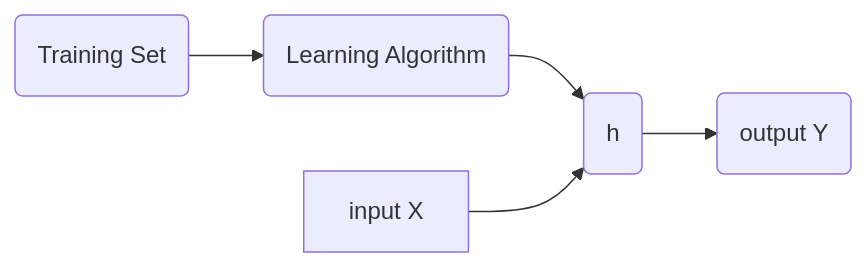
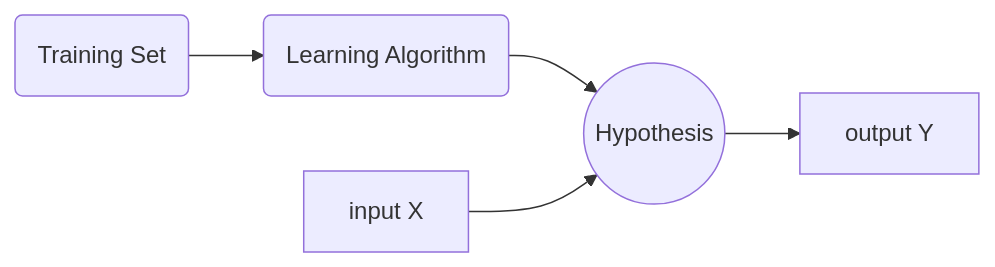
Before and after one commit to LeoLiu8023AmyLu/Machine_Learning: the diagram in Machine_Learning_Notes/Chapter02.md, drawn with Mermaid. The commit also changed other lines of this file, not shown here.

````diff
--- a/Machine_Learning_Notes/Chapter02.md
+++ b/Machine_Learning_Notes/Chapter02.md
@@ -12,7 +12,7 @@
 ```mermaid
 graph LR;
 A(Training Set) --> B(Learning Algorithm);
-B --> D(h)
+B --> D((Hypothesis))
 C[input X] --> D
-D --> E(output Y) 
+D --> E[output Y] 
 ```
````
